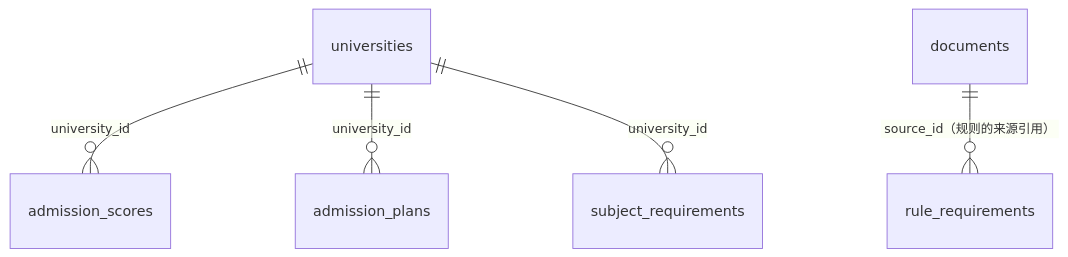
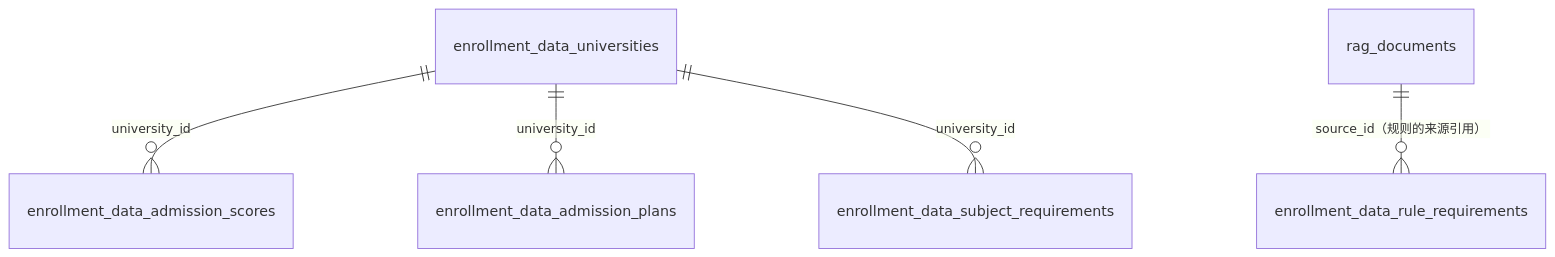
The third of 5 diagrams in backend/app/models/doc/database_schema.md (debugzhao/jin-guide), drawn with Mermaid before and after one commit. The commit also changed other lines of this file and 14 other files, not shown here.

````diff
--- a/backend/app/models/doc/database_schema.md
+++ b/backend/app/models/doc/database_schema.md
@@ -87,7 +87,7 @@
 ```mermaid
 erDiagram
-    universities ||--o{ admission_scores : "university_id"
-    universities ||--o{ admission_plans : "university_id"
-    universities ||--o{ subject_requirements : "university_id"
-    documents ||--o{ rule_requirements : "source_id（规则的来源引用）"
+    enrollment_data_universities ||--o{ enrollment_data_admission_scores : "university_id"
+    enrollment_data_universities ||--o{ enrollment_data_admission_plans : "university_id"
+    enrollment_data_universities ||--o{ enrollment_data_subject_requirements : "university_id"
+    rag_documents ||--o{ enrollment_data_rule_requirements : "source_id（规则的来源引用）"
 ```
````
